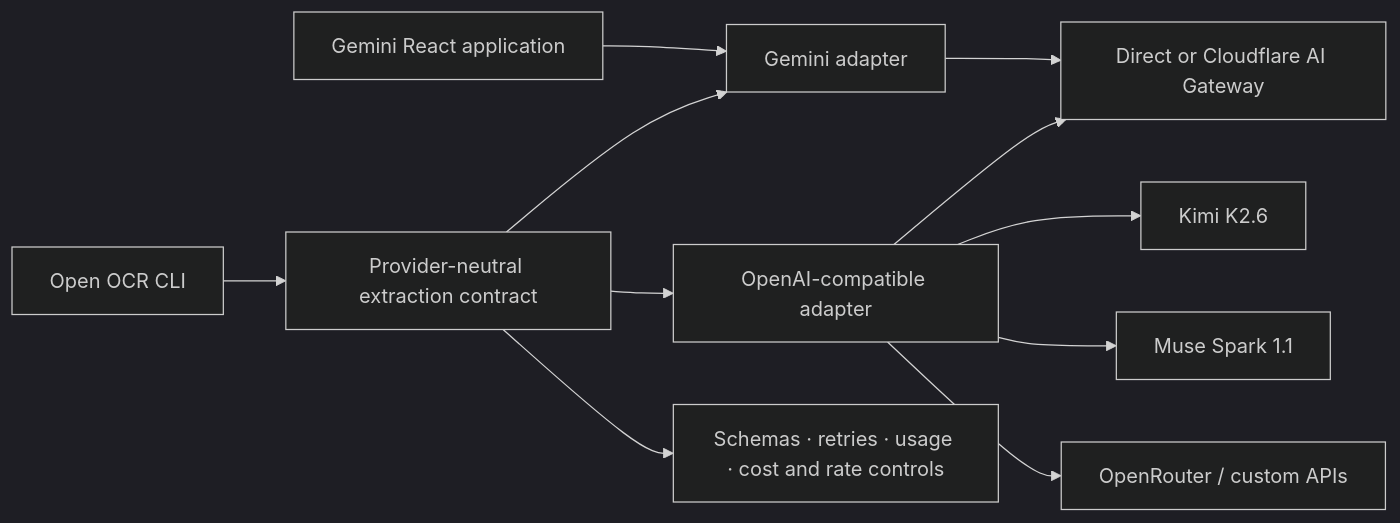
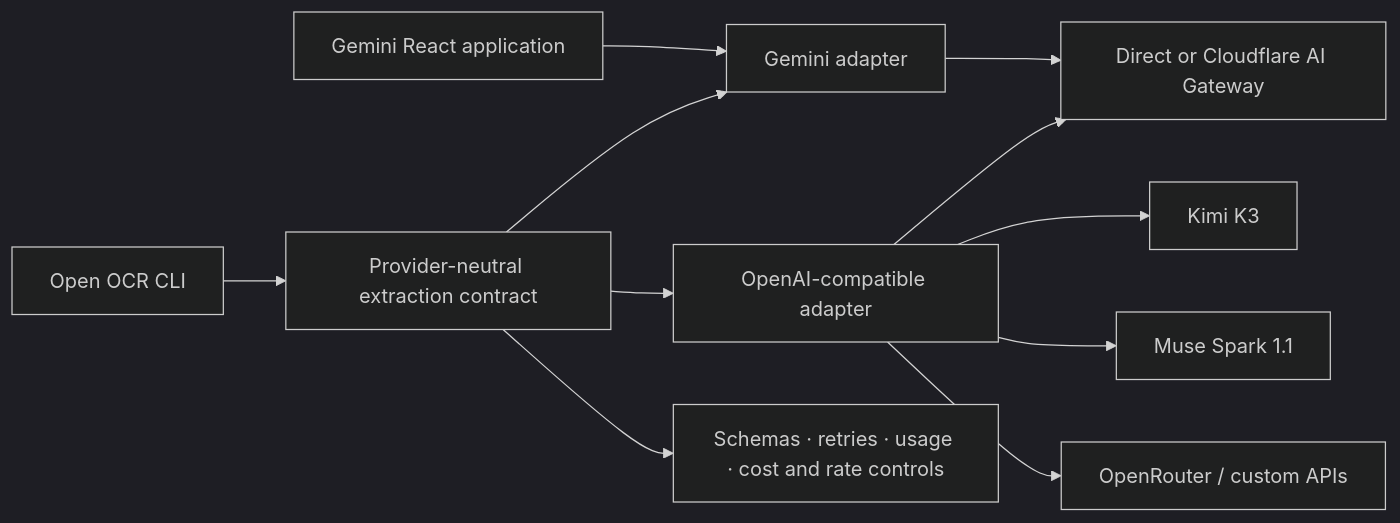
Before and after one commit to cyanxxy/open-ocr-cli: the diagram in README.md, drawn with Mermaid (dark theme). The commit also changed other lines of this file and 88 other files, not shown here.

````diff
--- a/README.md
+++ b/README.md
@@ -337,13 +346,13 @@
 ```mermaid
 flowchart LR
   Web["Gemini React application"] --> Gemini["Gemini adapter"]
   CLI["Open OCR CLI"] --> Core["Provider-neutral extraction contract"]
   Core --> Gemini
   Core --> Compatible["OpenAI-compatible adapter"]
-  Compatible --> Kimi["Kimi K2.6"]
+  Compatible --> Kimi["Kimi K3"]
   Compatible --> Muse["Muse Spark 1.1"]
   Compatible --> Router["OpenRouter / custom APIs"]
   Gemini --> Gateway["Direct or Cloudflare AI Gateway"]
   Compatible --> Gateway
   Core --> Guardrails["Schemas · retries · usage · cost and rate controls"]
 ```
````
